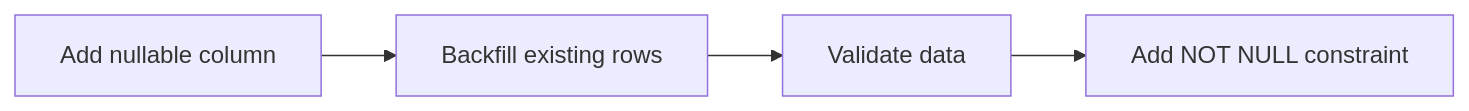
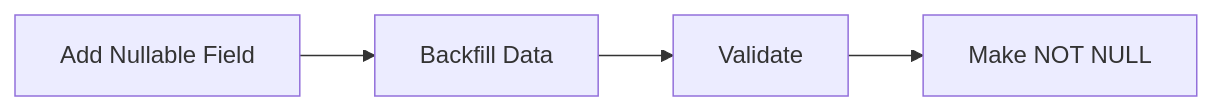
The fifth of 10 diagrams in src/content/django/migrations.md (AvadhBhalodiya/Interview-Preparation), drawn with Mermaid before and after one commit. The commit also changed other lines of this file and 80 other files, not shown here.

````diff
--- a/src/content/django/migrations.md
+++ b/src/content/django/migrations.md
@@ -500,6 +490,6 @@
 ```mermaid
 flowchart LR
-    A["Add nullable column"] --> B["Backfill existing rows"]
-    B --> C["Validate data"]
-    C --> D["Add NOT NULL constraint"]
+    A["Add Nullable Field"] --> B["Backfill Data"]
+    B --> C["Validate"]
+    C --> D["Make NOT NULL"]
 ```
````
